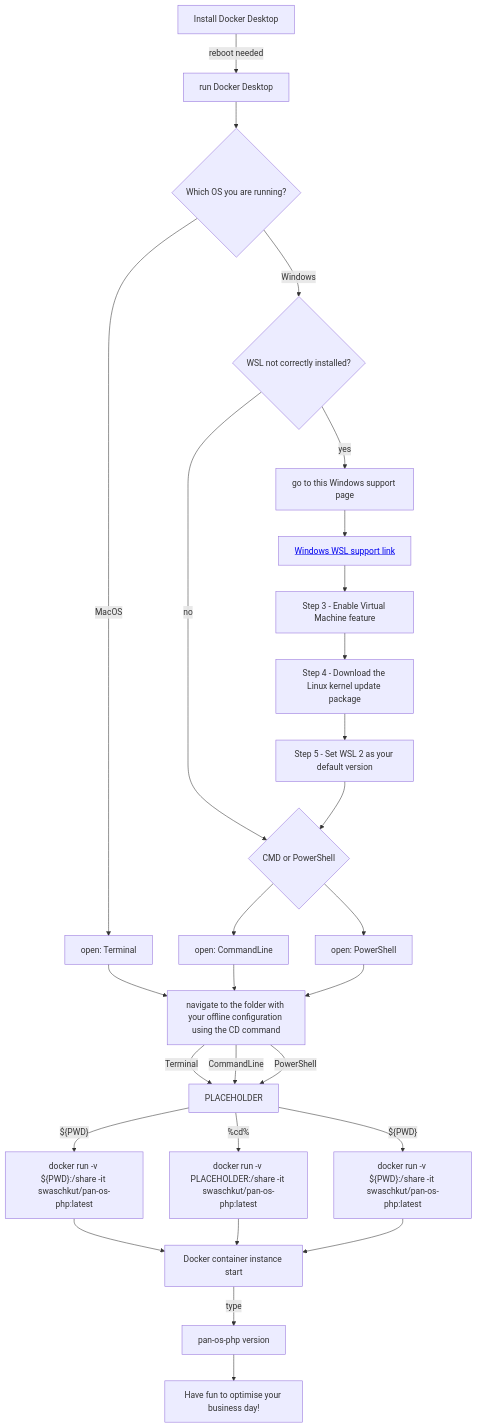
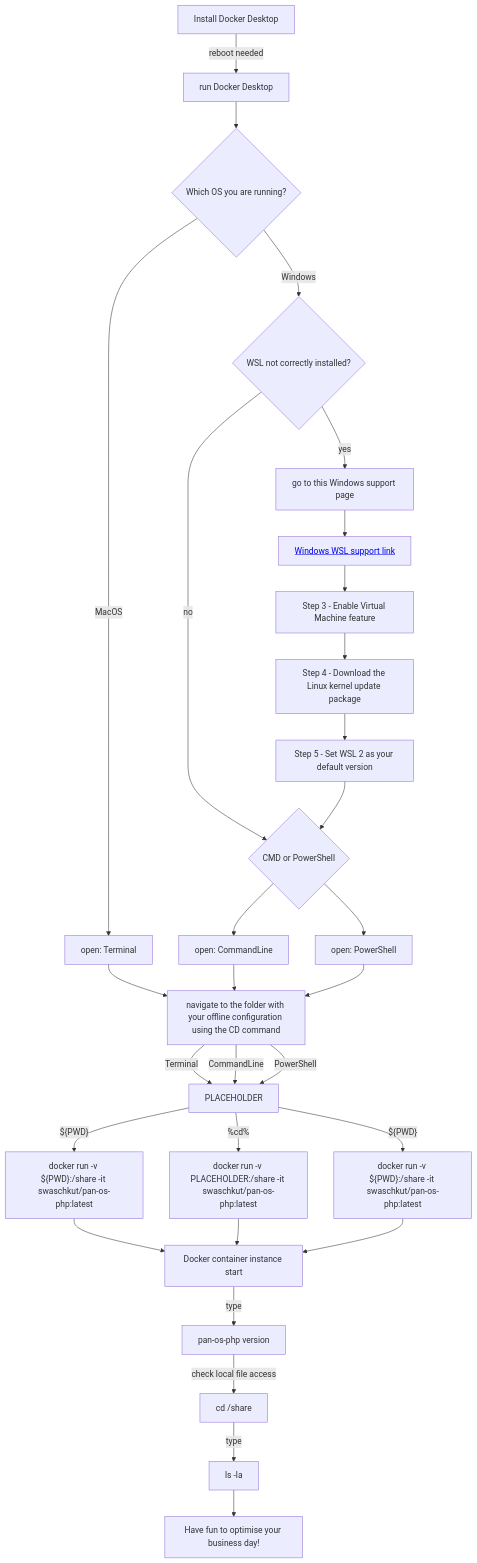
Before and after one commit to PaloAltoNetworks/pan-os-php: the diagram in READMEdocker.md, drawn with Mermaid.

````diff
--- a/READMEdocker.md
+++ b/READMEdocker.md
@@ -4,60 +4,62 @@
 ```mermaid
 graph TD
     
     
     BB[Install Docker Desktop] -->|reboot needed| CC[run Docker Desktop]
     CC --> CC1[which OS]
     
     CC1{Which OS you are running?} -->|MacOS| B1[open: Terminal]
     CC1{Which OS you are running?} -->|Windows| C1[check Docker]
     
     
     B1 --> Z[navigate to the folder with your offline configuration using the CD command]
     
     Z -->|Terminal| Z1[PLACEHOLDER]
     Z1 -->|"${PWD}"| K1A["docker run -v ${PWD}:/share -it swaschkut/pan-os-php:latest"]
     
     
    
     
     
  
     
     C1{WSL not correctly installed?} -->|no| C8[continue]
     C1{WSL not correctly installed?} -->|yes| C3[go to this Windows support page]
     
    
     
     C3 --> C4[<a href='https://docs.microsoft.com/en-gb/windows/wsl/install-manual'>Windows WSL support link</a>]
     
     C4 --> C5[Step 3 - Enable Virtual Machine feature]
     C5 --> C6[Step 4 - Download the Linux kernel update package]
     C6 --> C7[Step 5 - Set WSL 2 as your default version]
     
     
     C7 --> C8[continue]
     
     C8{CMD or PowerShell} --> E2[open: CommandLine]
     C8{CMD or PowerShell} --> F2[open: PowerShell]
     
     
     E2 --> Z[navigate to the folder with your offline configuration using the CD command]
     Z -->|CommandLine| Z1[PLACEHOLDER]
     F2 --> Z[navigate to the folder with your offline configuration using the CD command]
     Z -->|PowerShell| Z1[PLACEHOLDER]
     
     Z1 -->|"%cd%"| K1B["docker run -v PLACEHOLDER:/share -it swaschkut/pan-os-php:latest"]
     Z1 -->|"${PWD}"| K1C["docker run -v ${PWD}:/share -it swaschkut/pan-os-php:latest"]
     
     
     
  
     
     K1A --> K3[Docker container instance start]
     K1B --> K3[Docker container instance start]
     K1C --> K3[Docker container instance start]
     K3 -->|type| L[pan-os-php version]
 
+    L -->|check local file access| M[cd /share]
+    M -->|type| R[ls -la]
     
-    L --> M[Have fun to optimise your business day!]
+    R --> S[Have fun to optimise your business day!]
 ```
````
